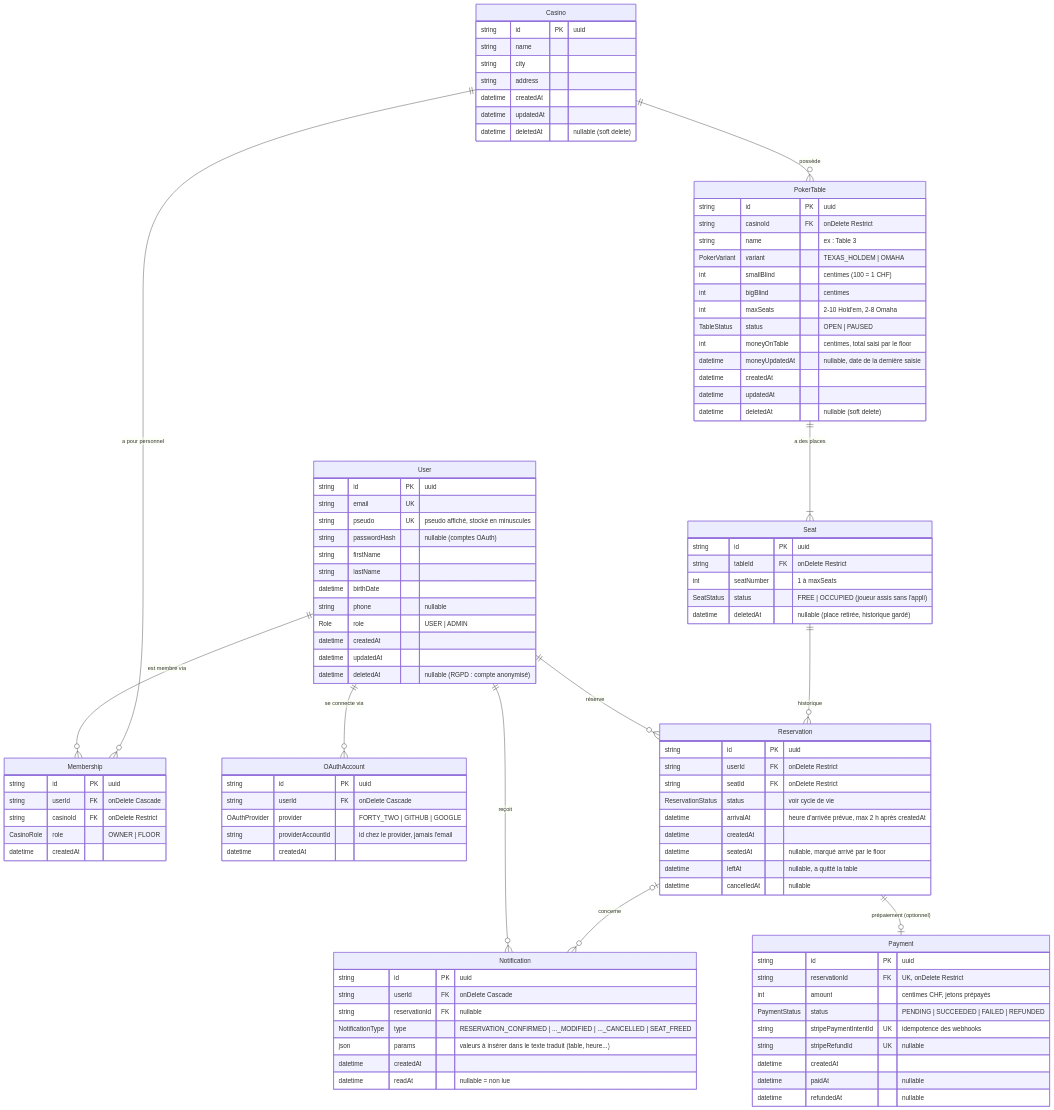
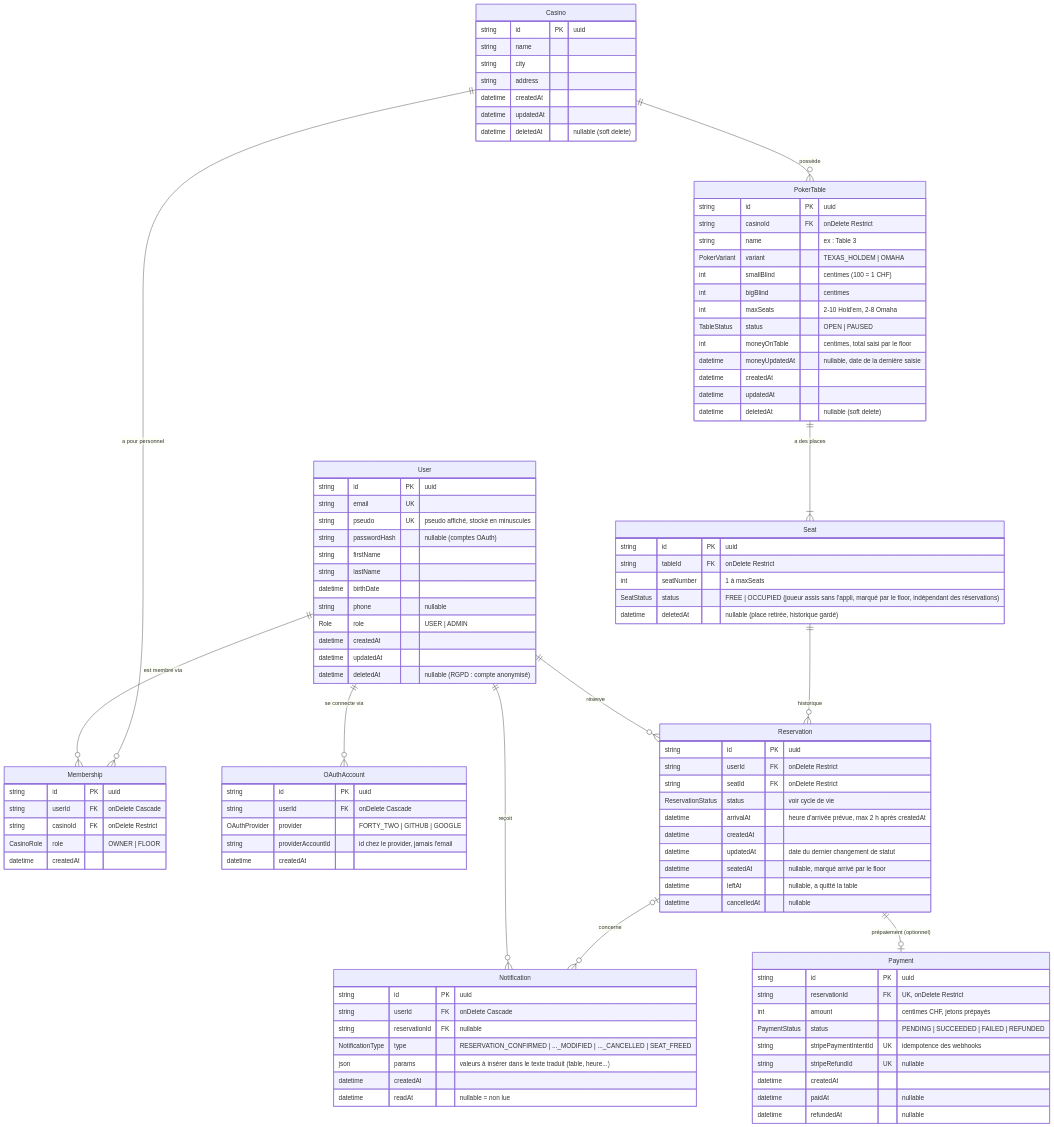
One commit to Les-razmokets/42-transcendence changed the first of 2 diagrams in docs/db-schema.md. Above: the diagram before and after it, drawn with Mermaid. The commit also changed other lines of this file, not shown here.

```diff
--- a/docs/db-schema.md
+++ b/docs/db-schema.md
@@ -79,7 +79,7 @@
         string id PK "uuid"
         string tableId FK "onDelete Restrict"
         int seatNumber "1 à maxSeats"
-        SeatStatus status "FREE | OCCUPIED (joueur assis sans l'appli)"
+        SeatStatus status "FREE | OCCUPIED (joueur assis sans l'appli, marqué par le floor, indépendant des réservations)"
         datetime deletedAt "nullable (place retirée, historique gardé)"
     }
 
@@ -90,6 +90,7 @@
         ReservationStatus status "voir cycle de vie"
         datetime arrivalAt "heure d'arrivée prévue, max 2 h après createdAt"
         datetime createdAt
+        datetime updatedAt "date du dernier changement de statut"
         datetime seatedAt "nullable, marqué arrivé par le floor"
         datetime leftAt "nullable, a quitté la table"
         datetime cancelledAt "nullable"
```
